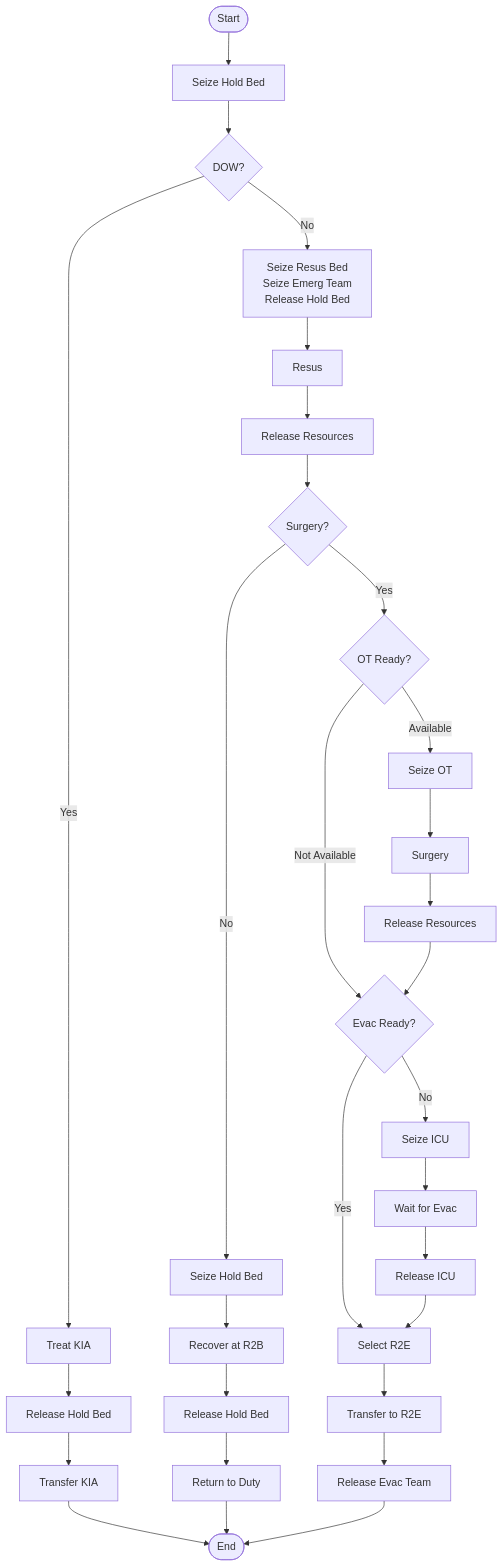
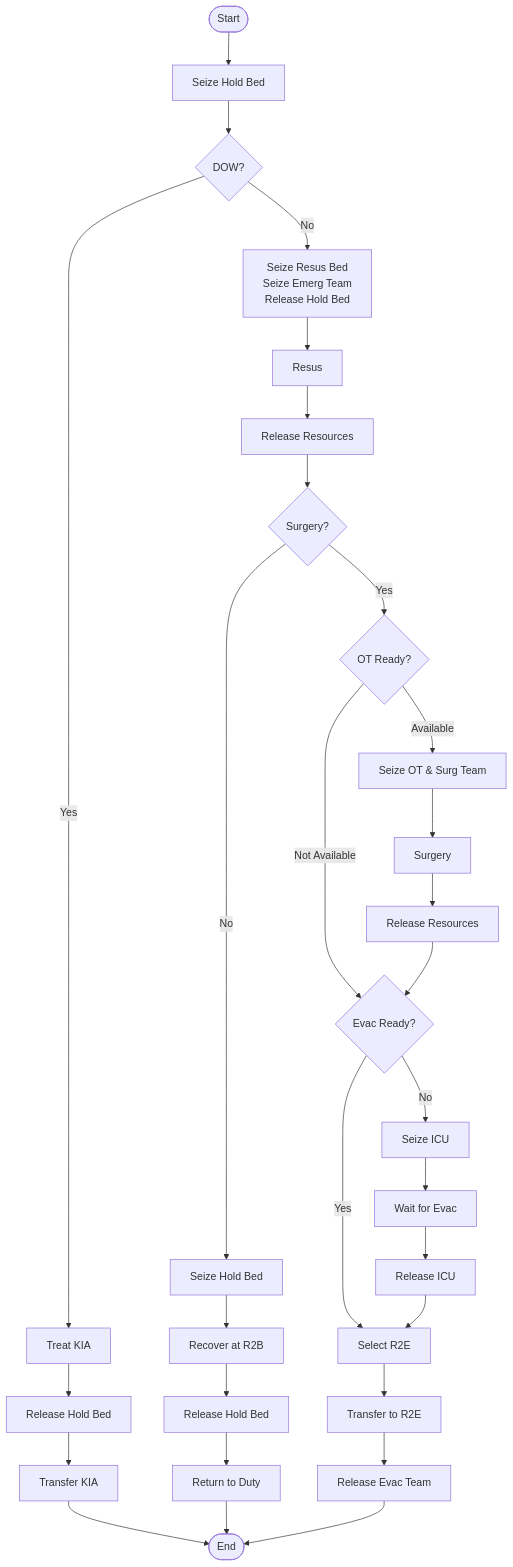
Before and after one commit to natosys/Battlefield-Casualty-Handling: the third of 4 diagrams in README.md, drawn with Mermaid. The commit also changed other lines of this file, not shown here.

First line of the commit message:
docs: sync mermaid flow diagrams with actual R2E trajectory code

````diff
--- a/README.md
+++ b/README.md
@@ -805,32 +805,32 @@
 ```mermaid
 flowchart TD
     A(["Start"]) --> B["Seize Hold Bed"]
     B --> C{"DOW?"}
     C -- Yes --> D["Treat KIA"]
     D --> E["Release Hold Bed"]
     E --> F["Transfer KIA"]
     F --> Z(["End"])
     C -- No --> G["Seize Resus Bed <br> Seize Emerg Team <br> Release Hold Bed"]
     G --> H["Resus"]
     H --> I["Release Resources"]
     I --> J{"Surgery?"}
     J -- Yes --> K{"OT Ready?"}
-    K -- Available --> L["Seize OT"]
+    K -- Available --> L["Seize OT & Surg Team"]
     L --> M["Surgery"]
     M --> N["Release Resources"]
     K -- Not Available --> O{"Evac Ready?"}
     J -- No --> P["Seize Hold Bed"]
     P --> Q["Recover at R2B"]
     Q --> R["Release Hold Bed"]
     R --> S["Return to Duty"]
     S --> Z
     N --> O
     O -- Yes --> T["Select R2E"]
     T --> U["Transfer to R2E"]
     U --> V["Release Evac Team"]
     V --> Z
     O -- No --> W["Seize ICU"]
     W --> X["Wait for Evac"]
     X --> Y["Release ICU"]
     Y --> T
 ```
````
